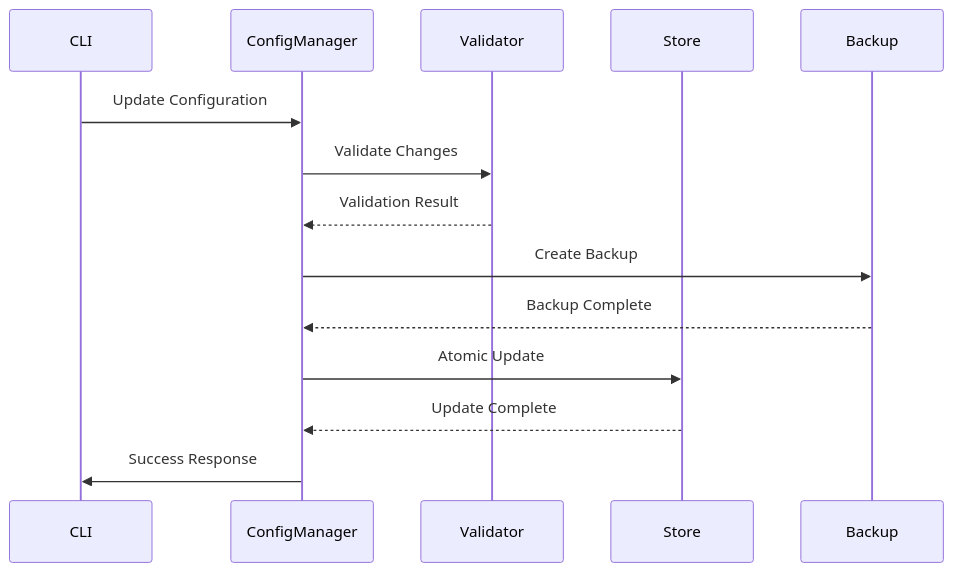
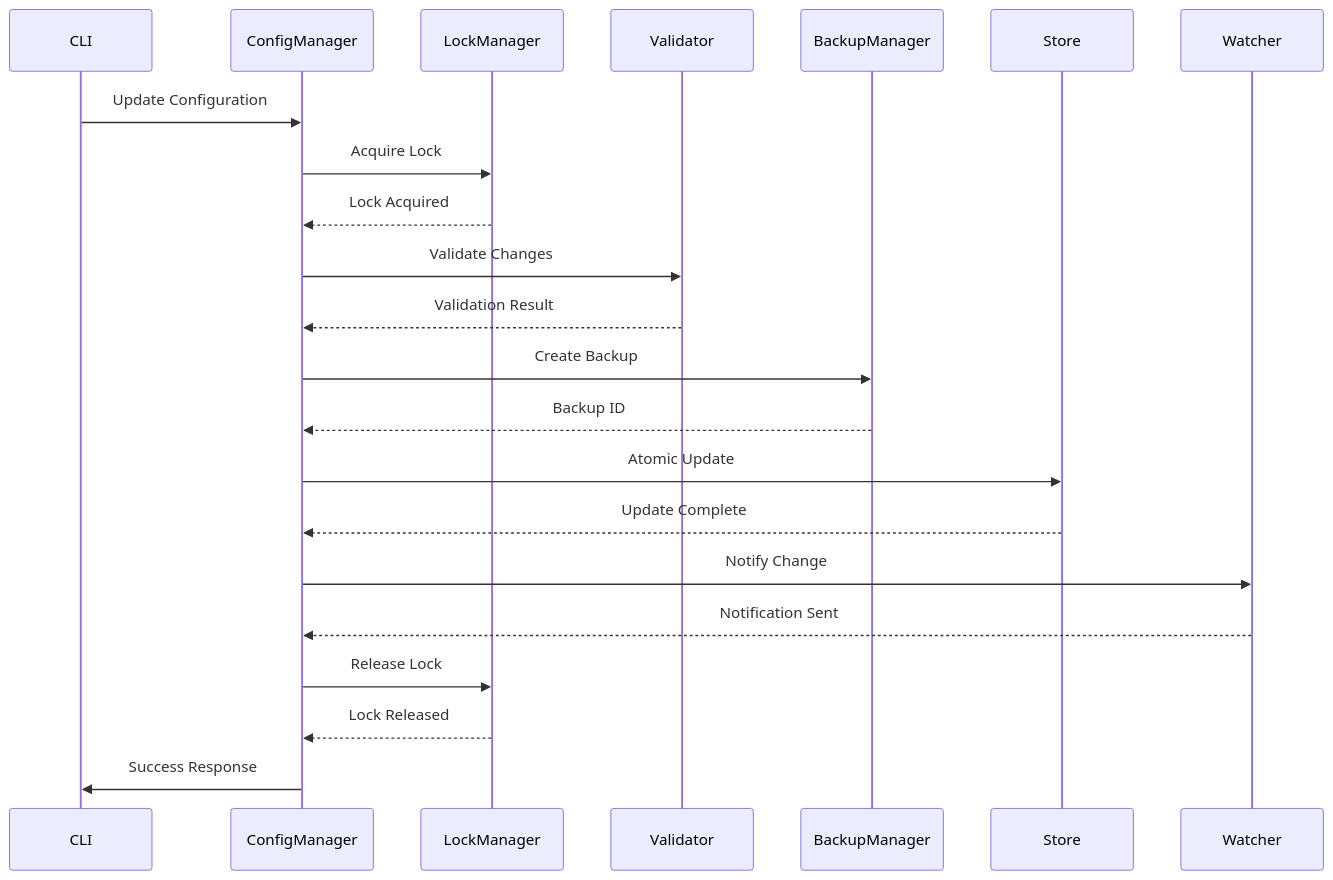
The second of 2 diagrams in .kiro/specs/configuration-management/design.md (Auriora/TimeLocker), drawn with Mermaid before and after one commit. The commit also changed other lines of this file and 2 other files, not shown here.

````diff
--- a/.kiro/specs/configuration-management/design.md
+++ b/.kiro/specs/configuration-management/design.md
@@ -35,17 +52,25 @@
 ```mermaid
 sequenceDiagram
     participant CLI
     participant ConfigManager
+    participant LockManager
     participant Validator
+    participant BackupManager
     participant Store
-    participant Backup
+    participant Watcher
     
     CLI->>ConfigManager: Update Configuration
+    ConfigManager->>LockManager: Acquire Lock
+    LockManager-->>ConfigManager: Lock Acquired
     ConfigManager->>Validator: Validate Changes
     Validator-->>ConfigManager: Validation Result
-    ConfigManager->>Backup: Create Backup
-    Backup-->>ConfigManager: Backup Complete
+    ConfigManager->>BackupManager: Create Backup
+    BackupManager-->>ConfigManager: Backup ID
     ConfigManager->>Store: Atomic Update
     Store-->>ConfigManager: Update Complete
+    ConfigManager->>Watcher: Notify Change
+    Watcher-->>ConfigManager: Notification Sent
+    ConfigManager->>LockManager: Release Lock
+    LockManager-->>ConfigManager: Lock Released
     ConfigManager->>CLI: Success Response
 ```
````
